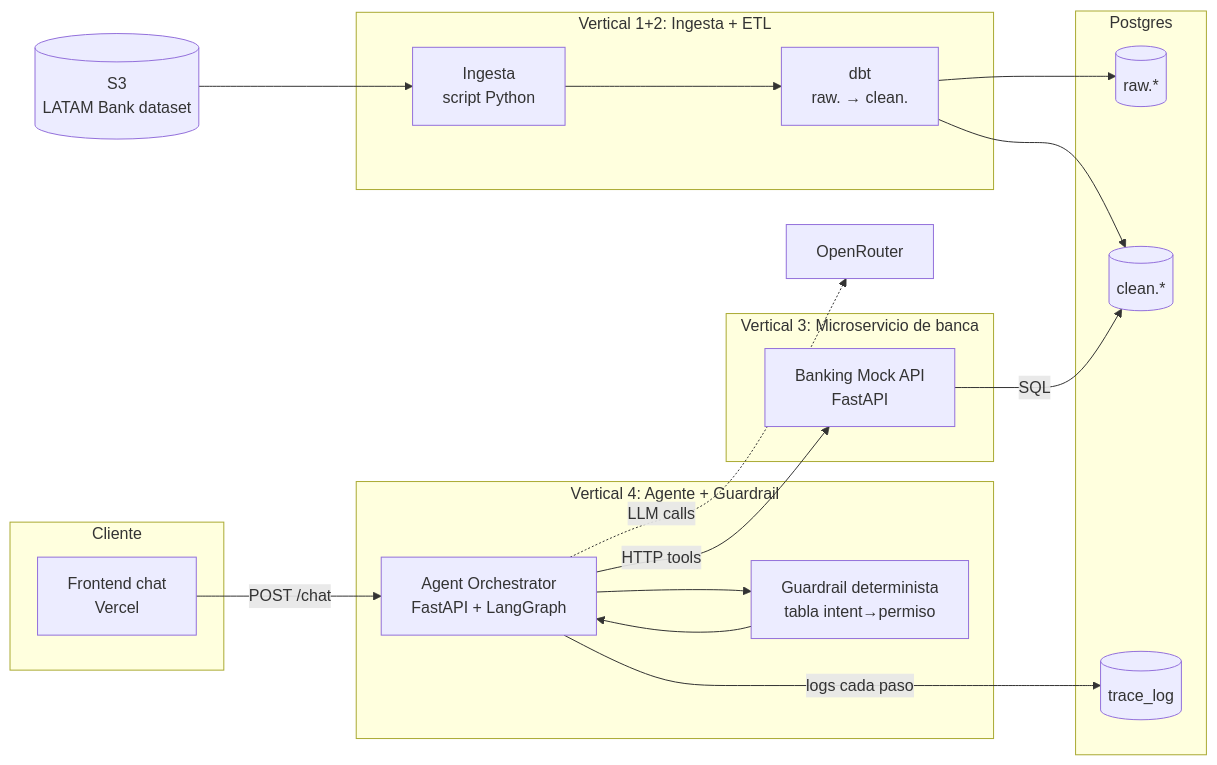
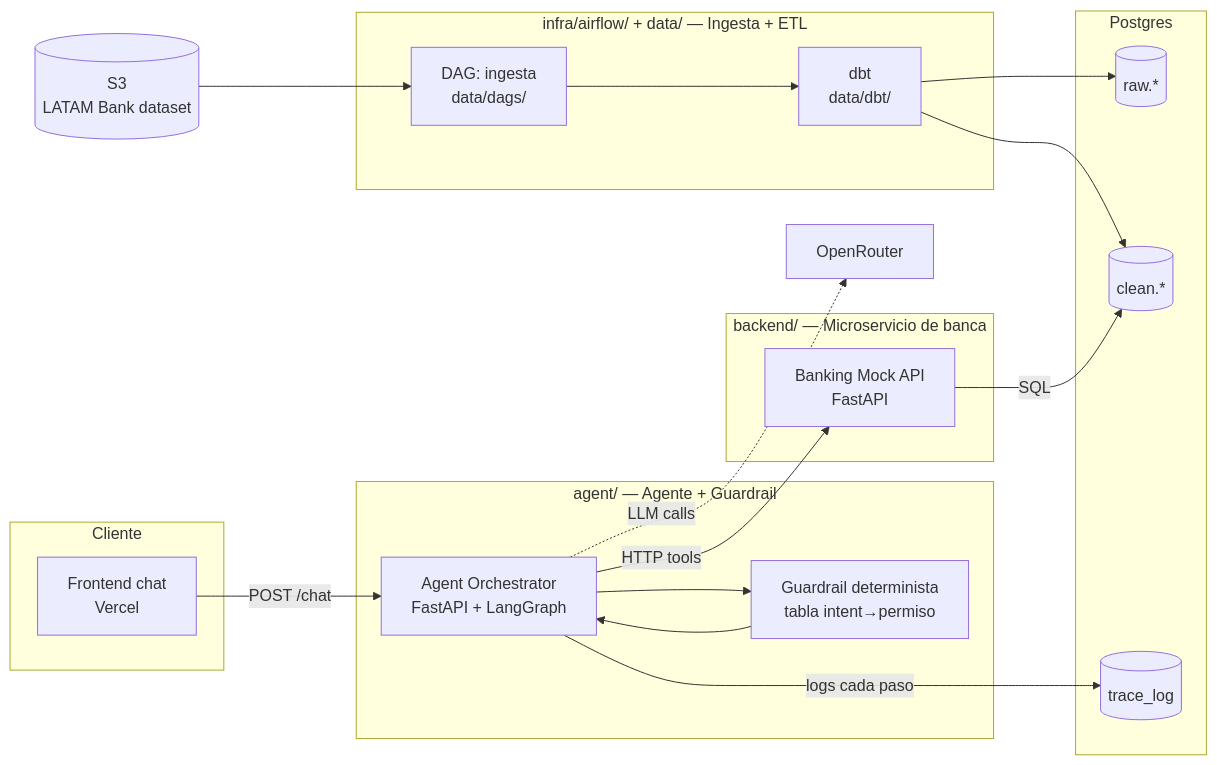
One commit to diego-rejalas/factored-hackathon-2026-bitcoders changed the first of 2 diagrams in spec/ARCHITECTURE.md. Above: the diagram before and after it, drawn with Mermaid. The commit also changed other lines of this file and 18 other files, not shown here.

First line of the commit message:
refactor: reorganize by role (infra/data/backend/agent/frontend), adopt Railway IaC

````diff
--- a/spec/ARCHITECTURE.md
+++ b/spec/ARCHITECTURE.md
@@ -9,39 +9,39 @@
 ```mermaid
 flowchart LR
     subgraph client["Cliente"]
         FE[Frontend chat<br/>Vercel]
     end
 
-    subgraph agentv["Vertical 4: Agente + Guardrail"]
+    subgraph agentv["agent/ — Agente + Guardrail"]
         AGENT[Agent Orchestrator<br/>FastAPI + LangGraph]
         GUARD[Guardrail determinista<br/>tabla intent→permiso]
         AGENT --> GUARD
         GUARD --> AGENT
     end
 
-    subgraph bankv["Vertical 3: Microservicio de banca"]
+    subgraph bankv["backend/ — Microservicio de banca"]
         BANK[Banking Mock API<br/>FastAPI]
     end
 
-    subgraph etlv["Vertical 1+2: Ingesta + ETL"]
-        INGEST[Ingesta<br/>script Python]
-        DBT[dbt<br/>raw. → clean.]
+    subgraph etlv["infra/airflow/ + data/ — Ingesta + ETL"]
+        INGEST[DAG: ingesta<br/>data/dags/]
+        DBT[dbt<br/>data/dbt/]
         INGEST --> DBT
     end
 
     subgraph data["Postgres"]
         RAW[(raw.*)]
         CLEAN[(clean.*)]
         TRACE[(trace_log)]
     end
 
     S3[(S3<br/>LATAM Bank dataset)] --> INGEST
     DBT --> RAW
     DBT --> CLEAN
 
     FE -->|POST /chat| AGENT
     AGENT -->|logs cada paso| TRACE
     AGENT -->|HTTP tools| BANK
     BANK -->|SQL| CLEAN
     AGENT -.->|LLM calls| OR[OpenRouter]
 ```
````
